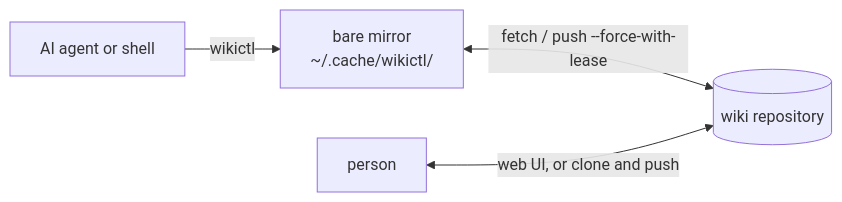
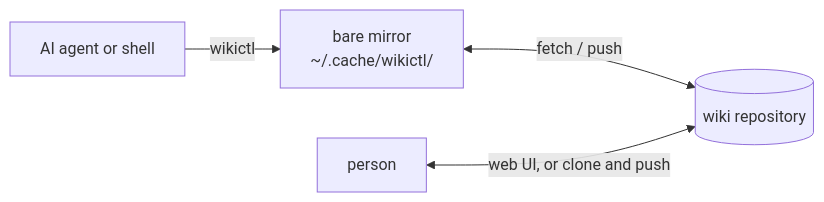
Before and after one commit to roamer7038/wikictl: the diagram in README.md, drawn with Mermaid. The commit also changed other lines of this file and 4 other files, not shown here.

````diff
--- a/README.md
+++ b/README.md
@@ -11,6 +9,6 @@
 ```mermaid
 flowchart LR
   agent["AI agent or shell"] -->|wikictl| mirror["bare mirror<br>~/.cache/wikictl/"]
-  mirror <-->|"fetch / push --force-with-lease"| repo[("wiki repository")]
+  mirror <-->|"fetch / push"| repo[("wiki repository")]
   person["person"] <-->|"web UI, or clone and push"| repo
 ```
````
